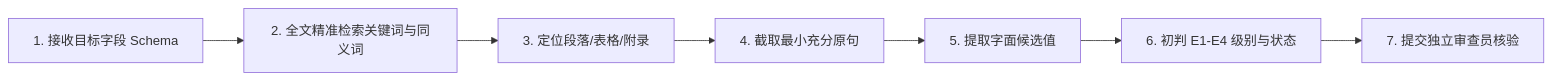
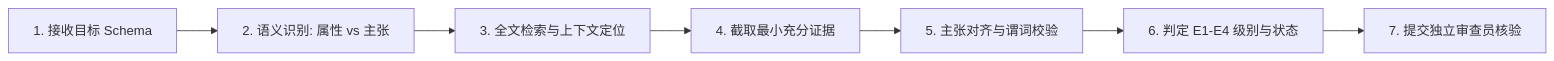
The diagram in skills/literature-evidence-extraction/role/specialist_role.md (Daylily-Huang/ScholarFlow), drawn with Mermaid before and after one commit. The commit also changed other lines of this file and 11 other files, not shown here.

````diff
--- a/skills/literature-evidence-extraction/role/specialist_role.md
+++ b/skills/literature-evidence-extraction/role/specialist_role.md
@@ -63,9 +79,9 @@
 ```mermaid
 flowchart LR
-    Step1[1. 接收目标字段 Schema] --> Step2[2. 全文精准检索关键词与同义词]
-    Step2 --> Step3[3. 定位段落/表格/附录]
-    Step3 --> Step4[4. 截取最小充分原句]
-    Step4 --> Step5[5. 提取字面候选值]
-    Step5 --> Step6[6. 初判 E1-E4 级别与状态]
+    Step1[1. 接收目标 Schema] --> Step2[2. 语义识别: 属性 vs 主张]
+    Step2 --> Step3[3. 全文检索与上下文定位]
+    Step3 --> Step4[4. 截取最小充分证据]
+    Step4 --> Step5[5. 主张对齐与谓词校验]
+    Step5 --> Step6[6. 判定 E1-E4 级别与状态]
     Step6 --> Step7[7. 提交独立审查员核验]
 ```
````
